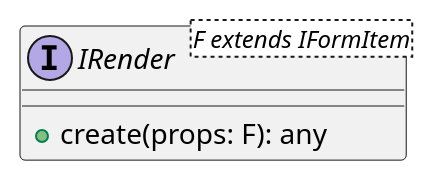
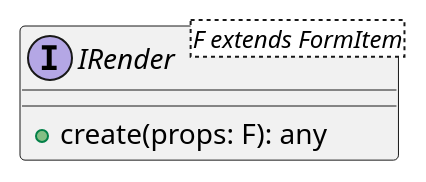
Before and after one commit to punicalab/punica-form: the first of 2 diagrams in packages/form/lib/architecture/model.puml, drawn with PlantUML. The commit also changed 94 other files, not shown here.

```diff
--- a/packages/form/lib/architecture/model.puml
+++ b/packages/form/lib/architecture/model.puml
@@ -1,7 +1,7 @@
 @startuml (id=IRender)
 
-    interface IRender<F extends IFormItem> {
+    interface IRender<F extends FormItem> {
         + create(props: F): any
     }
 
 @enduml
```
